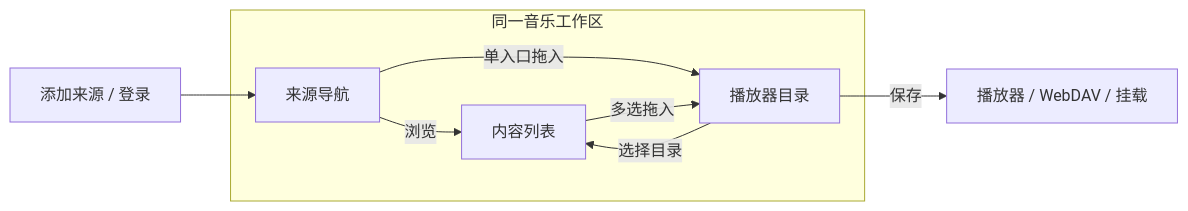
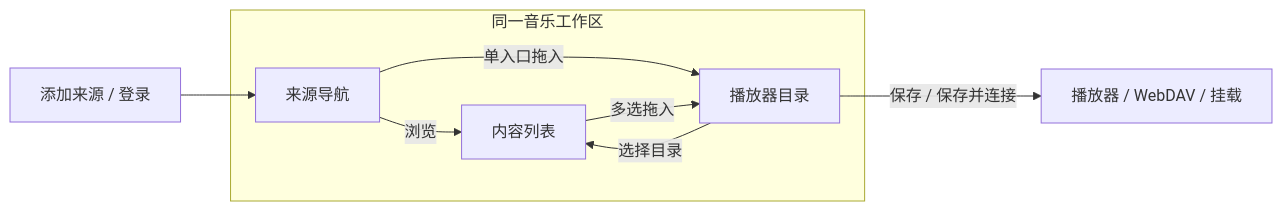
Before and after one commit to shengyusi-SYS/musicfs: the first of 2 diagrams in docs/architecture/web-ui.md, drawn with Mermaid. The commit also changed other lines of this file and 21 other files, not shown here.

````diff
--- a/docs/architecture/web-ui.md
+++ b/docs/architecture/web-ui.md
@@ -23,11 +23,11 @@
 ```mermaid
 flowchart LR
   A[添加来源 / 登录] --> S
   subgraph W[同一音乐工作区]
     S[来源导航] -->|浏览| B[内容列表]
     S -->|单入口拖入| L[播放器目录]
     B -->|多选拖入| L
     L -->|选择目录| B
   end
-  L -->|保存| P[播放器 / WebDAV / 挂载]
+  L -->|保存 / 保存并连接| P[播放器 / WebDAV / 挂载]
 ```
````
